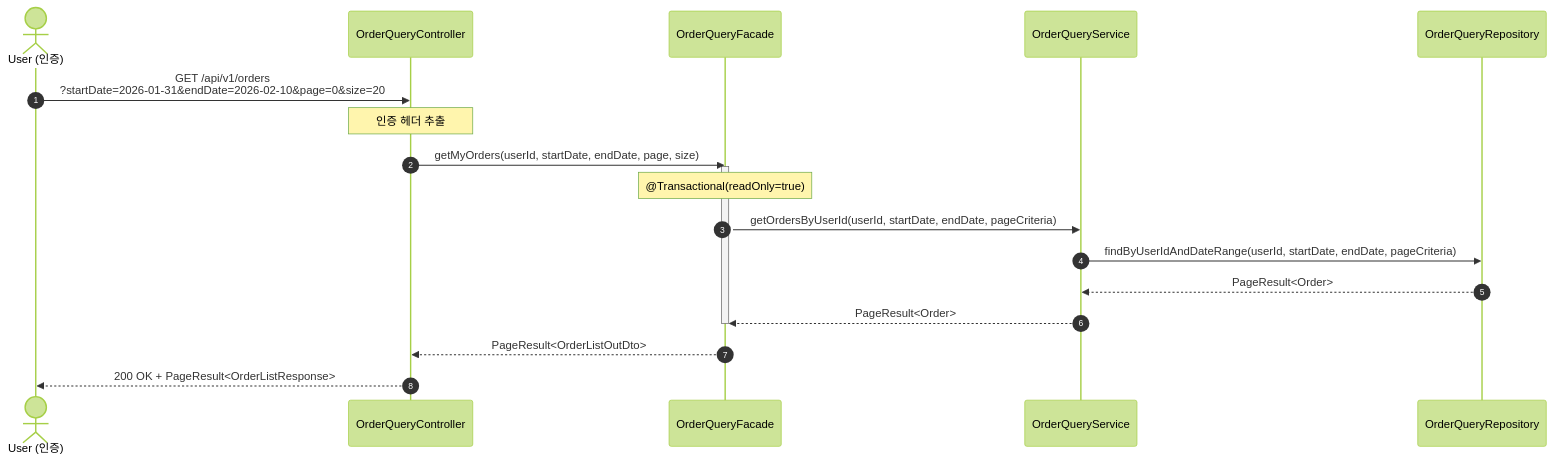
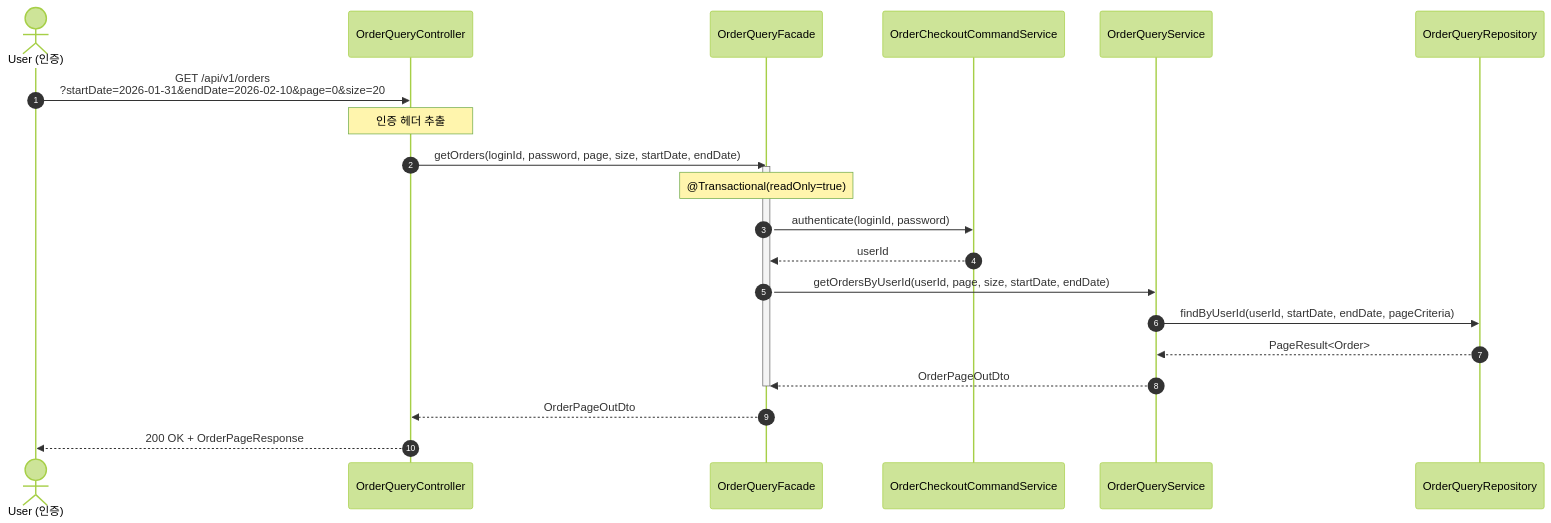
Diagram 27 of 30 in docs/design/02-sequence-diagrams.md (Hwan0518/loop-pack-be-l2-vol3-java), drawn with Mermaid (forest theme) before and after one commit. The commit also changed other lines of this file and 13 other files, not shown here.

````diff
--- a/docs/design/02-sequence-diagrams.md
+++ b/docs/design/02-sequence-diagrams.md
@@ -1337,22 +1387,25 @@
 ```mermaid
 sequenceDiagram
     autonumber
     actor User as User (인증)
     participant Controller as OrderQueryController
     participant Facade as OrderQueryFacade
-    participant Service as OrderQueryService
+    participant AuthService as OrderCheckoutCommandService
+    participant QService as OrderQueryService
     participant Repository as OrderQueryRepository
 
     User->>Controller: GET /api/v1/orders<br/>?startDate=2026-01-31&endDate=2026-02-10&page=0&size=20
     Note over Controller: 인증 헤더 추출
-    Controller->>Facade: getMyOrders(userId, startDate, endDate, page, size)
+    Controller->>Facade: getOrders(loginId, password, page, size, startDate, endDate)
     activate Facade
     Note over Facade: @Transactional(readOnly=true)
-    Facade->>Service: getOrdersByUserId(userId, startDate, endDate, pageCriteria)
-    Service->>Repository: findByUserIdAndDateRange(userId, startDate, endDate, pageCriteria)
-    Repository-->>Service: PageResult<Order>
-    Service-->>Facade: PageResult<Order>
+    Facade->>AuthService: authenticate(loginId, password)
+    AuthService-->>Facade: userId
+    Facade->>QService: getOrdersByUserId(userId, page, size, startDate, endDate)
+    QService->>Repository: findByUserId(userId, startDate, endDate, pageCriteria)
+    Repository-->>QService: PageResult<Order>
+    QService-->>Facade: OrderPageOutDto
     deactivate Facade
-    Facade-->>Controller: PageResult<OrderListOutDto>
-    Controller-->>User: 200 OK + PageResult<OrderListResponse>
+    Facade-->>Controller: OrderPageOutDto
+    Controller-->>User: 200 OK + OrderPageResponse
 ```
````
